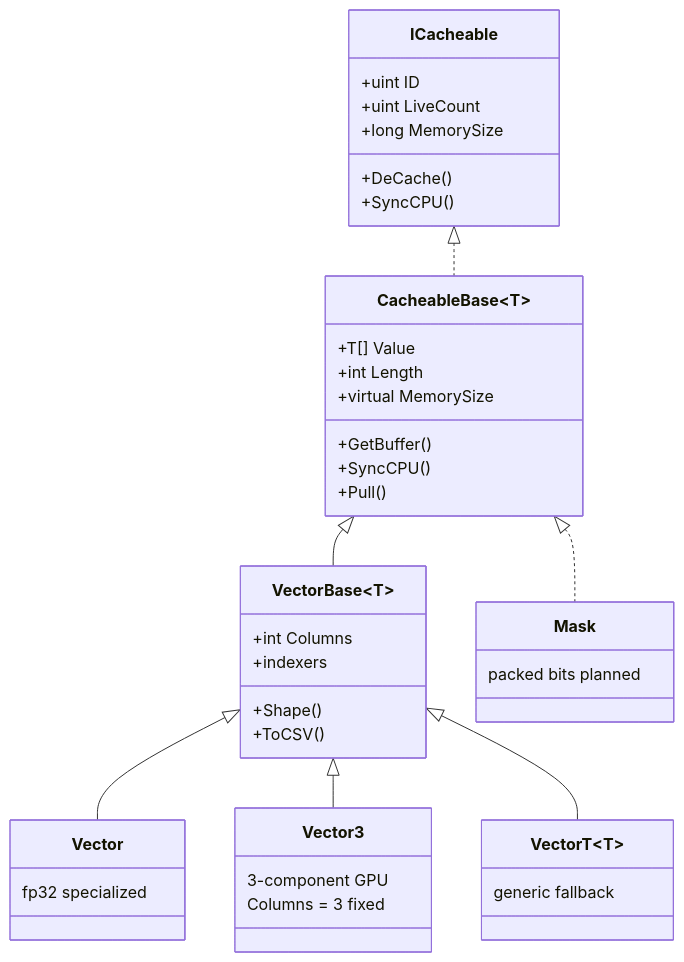
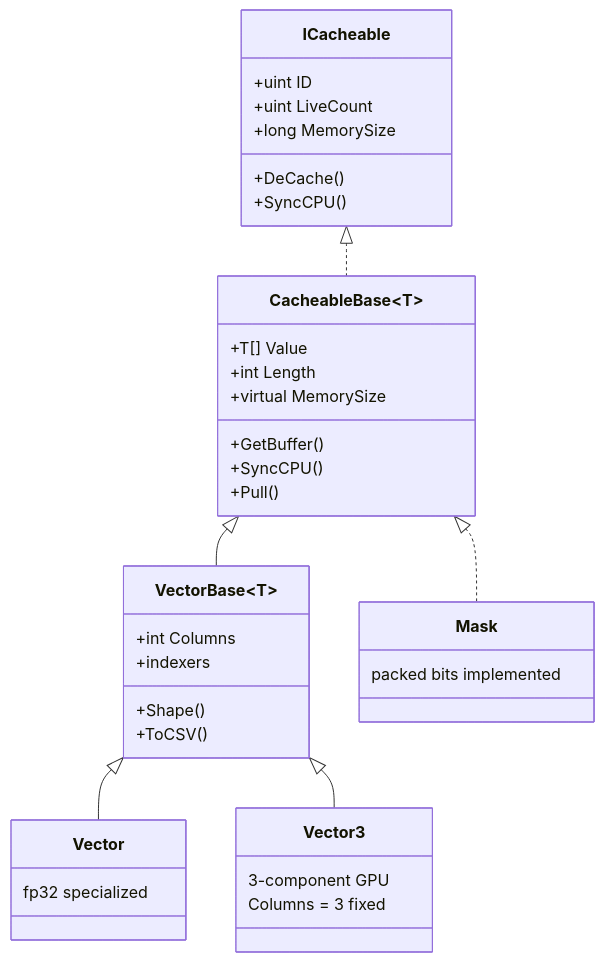
The second of 6 diagrams in Documentation/BAVCLSpecification.md (MPSQUARK/BAVCL), drawn with Mermaid before and after one commit. The commit also changed other lines of this file, not shown here.

````diff
--- a/Documentation/BAVCLSpecification.md
+++ b/Documentation/BAVCLSpecification.md
@@ -200,44 +206,40 @@
 ```mermaid
 classDiagram
     class ICacheable {
         +uint ID
         +uint LiveCount
         +long MemorySize
         +DeCache()
         +SyncCPU()
     }
     class CacheableBase~T~ {
         +T[] Value
         +int Length
         +virtual MemorySize
         +GetBuffer()
         +SyncCPU()
         +Pull()
     }
     class VectorBase~T~ {
         +int Columns
         +Shape()
         +indexers
         +ToCSV()
     }
     class Vector {
         fp32 specialized
     }
     class Vector3 {
         3-component GPU
         Columns = 3 fixed
     }
-    class VectorT~T~ {
-        generic fallback
-    }
     class Mask {
-        packed bits planned
+        packed bits implemented
     }
 
     ICacheable <|.. CacheableBase
     CacheableBase <|-- VectorBase
     CacheableBase <|.. Mask
     VectorBase <|-- Vector
     VectorBase <|-- Vector3
-    VectorBase <|-- VectorT
 ```
````
